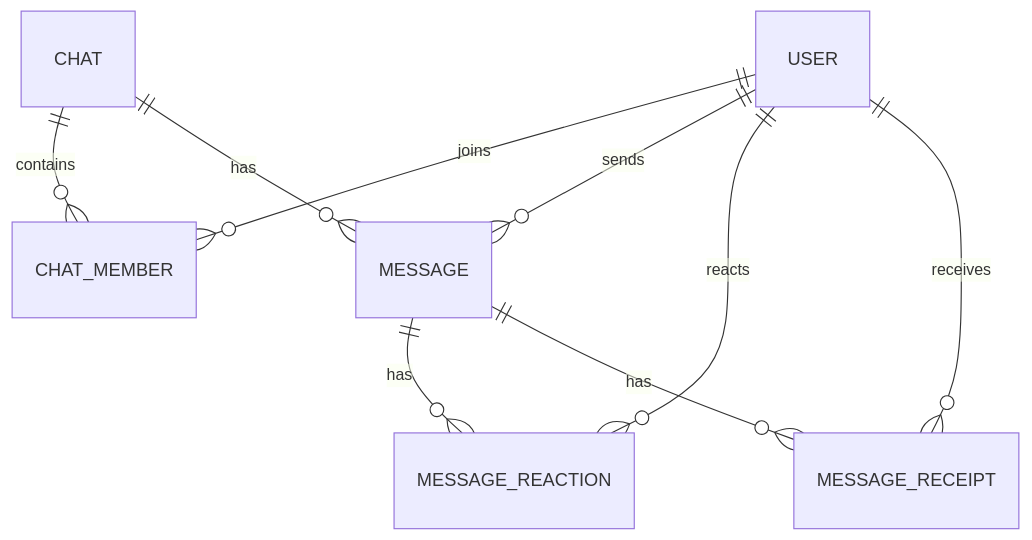
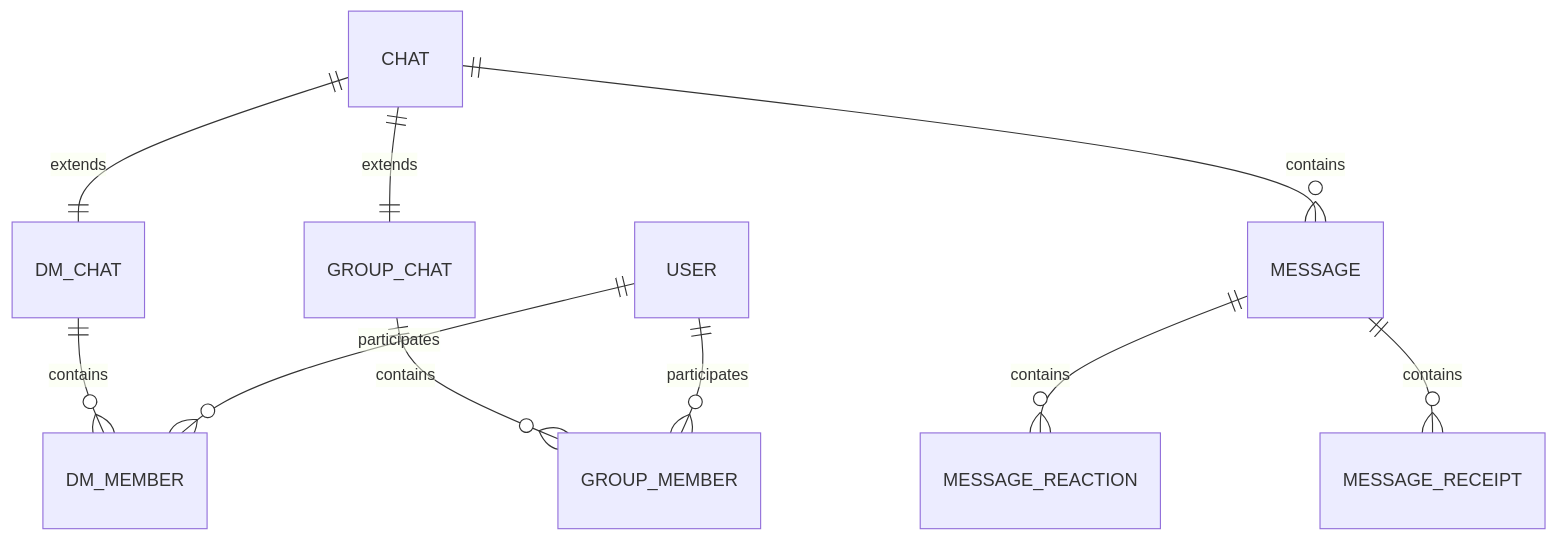
The diagram in docs/schema/overview.md (sanjai4334/chat-app), drawn with Mermaid before and after one commit. The commit also changed 10 other files, not shown here.

First line of the commit message:
docs: finalize realtime messaging and chat domain architecture

````diff
--- a/docs/schema/overview.md
+++ b/docs/schema/overview.md
@@ -5,15 +5,17 @@
 ```mermaid
 erDiagram
 
-USER ||--o{ CHAT_MEMBER : joins
-CHAT ||--o{ CHAT_MEMBER : contains
+CHAT ||--|| DM_CHAT : extends
+CHAT ||--|| GROUP_CHAT : extends
 
-CHAT ||--o{ MESSAGE : has
-USER ||--o{ MESSAGE : sends
+CHAT ||--o{ MESSAGE : contains
 
-MESSAGE ||--o{ MESSAGE_REACTION : has
-USER ||--o{ MESSAGE_REACTION : reacts
+DM_CHAT ||--o{ DM_MEMBER : contains
+GROUP_CHAT ||--o{ GROUP_MEMBER : contains
 
-MESSAGE ||--o{ MESSAGE_RECEIPT : has
-USER ||--o{ MESSAGE_RECEIPT : receives
+USER ||--o{ DM_MEMBER : participates
+USER ||--o{ GROUP_MEMBER : participates
+
+MESSAGE ||--o{ MESSAGE_REACTION : contains
+MESSAGE ||--o{ MESSAGE_RECEIPT : contains
 ```
````
